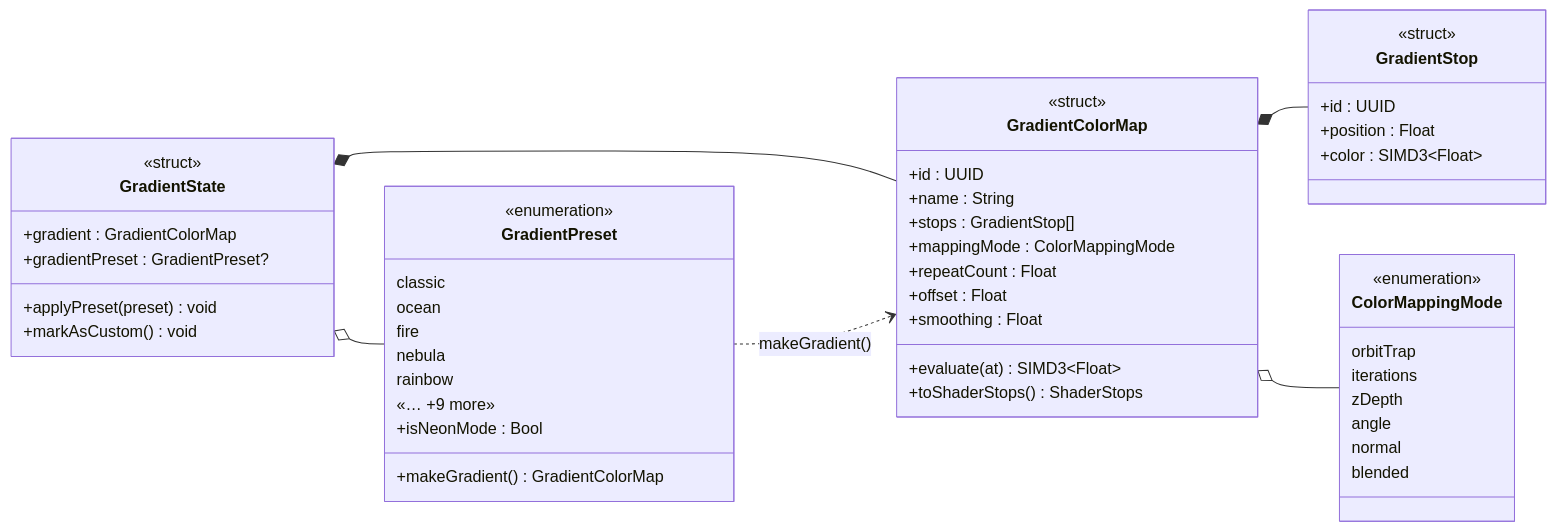
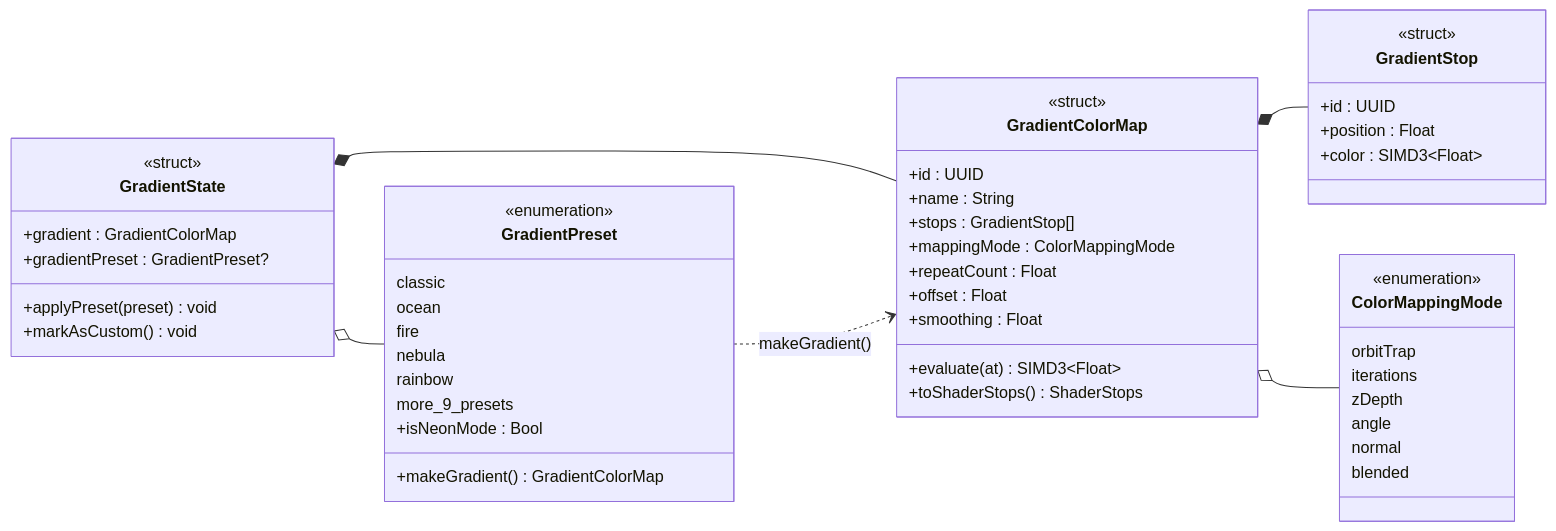
One commit to Halopend/MetalRaymarch-main changed the seventh of 17 diagrams in Threshold/CLASS_DIAGRAM.md. Above: the diagram before and after it, drawn with Mermaid. The commit also changed other lines of this file and 3 other files, not shown here.

````diff
--- a/Threshold/CLASS_DIAGRAM.md
+++ b/Threshold/CLASS_DIAGRAM.md
@@ -544,56 +544,56 @@
 ```mermaid
 classDiagram
     direction LR
 
     class GradientState {
         <<struct>>
         +gradient : GradientColorMap
         +gradientPreset : GradientPreset?
         +applyPreset(preset) void
         +markAsCustom() void
     }
     class GradientColorMap {
         <<struct>>
         +id : UUID
         +name : String
         +stops : GradientStop[]
         +mappingMode : ColorMappingMode
         +repeatCount : Float
         +offset : Float
         +smoothing : Float
         +evaluate(at) SIMD3~Float~
         +toShaderStops() ShaderStops
     }
     class GradientStop {
         <<struct>>
         +id : UUID
         +position : Float
         +color : SIMD3~Float~
     }
     class GradientPreset {
         <<enumeration>>
         classic
         ocean
         fire
         nebula
         rainbow
-        «… +9 more»
+        more_9_presets
         +makeGradient() GradientColorMap
         +isNeonMode : Bool
     }
     class ColorMappingMode {
         <<enumeration>>
         orbitTrap
         iterations
         zDepth
         angle
         normal
         blended
     }
 
     GradientState *-- GradientColorMap
     GradientState o-- GradientPreset
     GradientColorMap *-- GradientStop
     GradientColorMap o-- ColorMappingMode
     GradientPreset ..> GradientColorMap : makeGradient()
 ```
````
